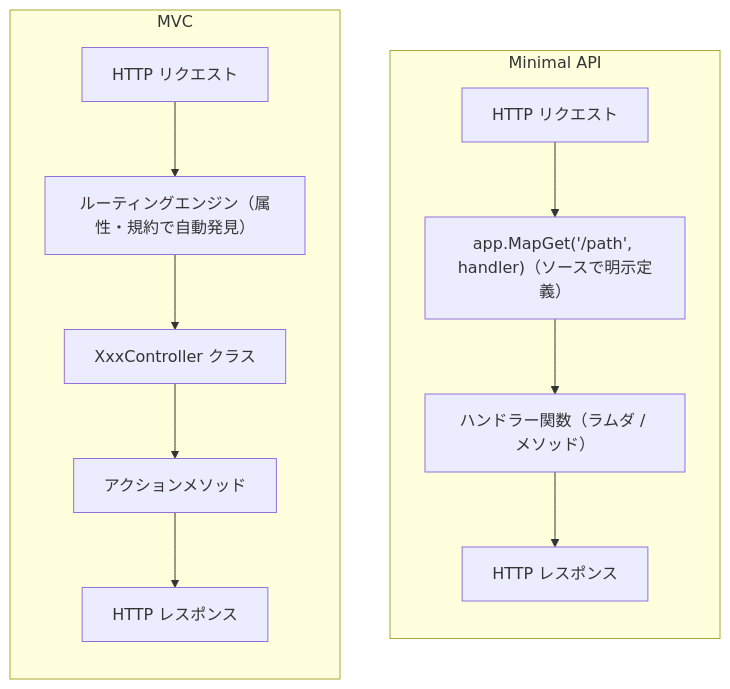
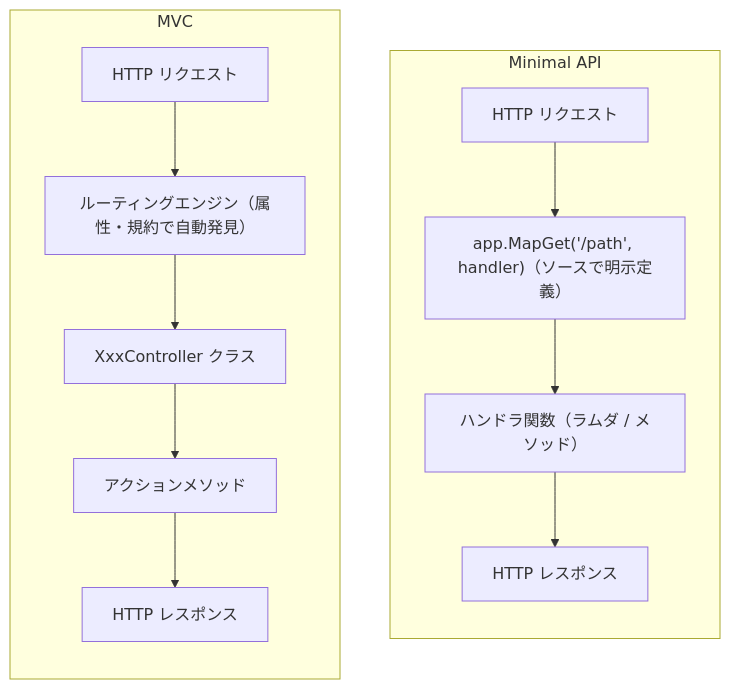
Before and after one commit to microsoft/aspnetcore-ja-handbook: the first of 3 diagrams in docs/04-minimal-api.md, drawn with Mermaid. The commit also changed other lines of this file and 1 other file, not shown here.

Commit message:
用語の統一を図り、「ハンドラー」を「ハンドラ」に修正

````diff
--- a/docs/04-minimal-api.md
+++ b/docs/04-minimal-api.md
@@ -43,16 +43,16 @@
 ```mermaid
 flowchart TB
     subgraph minimal ["Minimal API"]
         direction TB
         MA_Req["HTTP リクエスト"] --> MA_Map["app.MapGet('/path', handler)（ソースで明示定義）"]
-        MA_Map --> MA_Fn["ハンドラー関数（ラムダ / メソッド）"]
+        MA_Map --> MA_Fn["ハンドラ関数（ラムダ / メソッド）"]
         MA_Fn --> MA_Resp["HTTP レスポンス"]
     end
     subgraph mvc ["MVC"]
         direction TB
         MVC_Req["HTTP リクエスト"] --> MVC_Route["ルーティングエンジン（属性・規約で自動発見）"]
         MVC_Route --> MVC_Ctrl["XxxController クラス"]
         MVC_Ctrl --> MVC_Act["アクションメソッド"]
         MVC_Act --> MVC_Resp["HTTP レスポンス"]
     end
 ```
````
